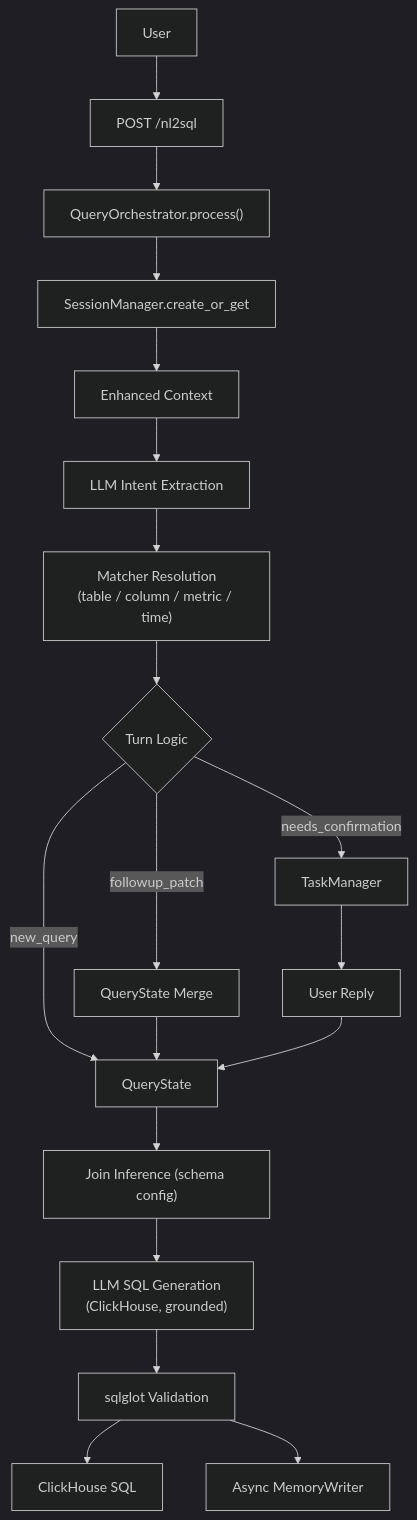
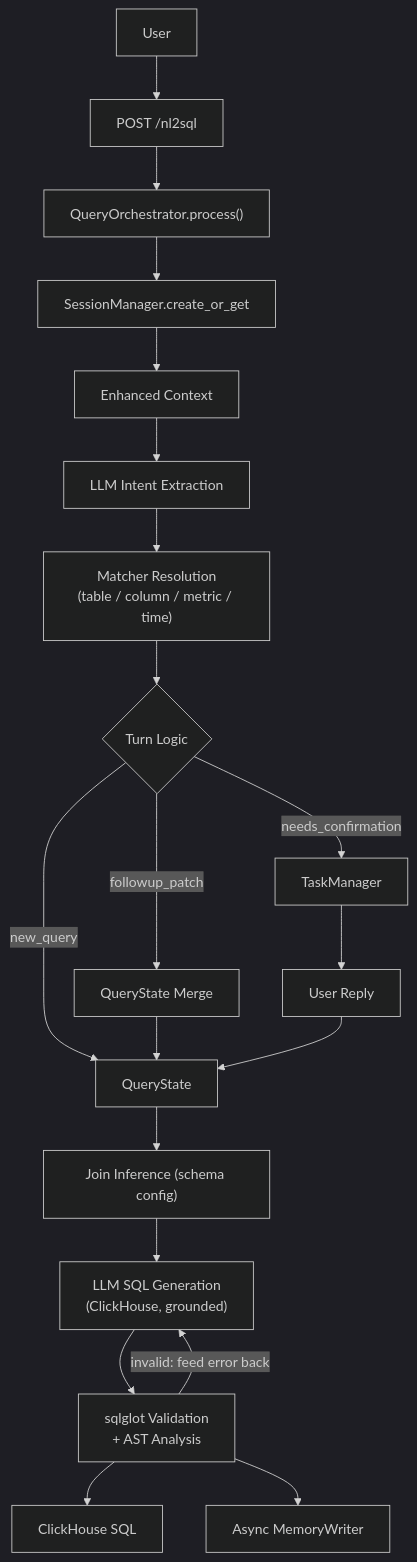
One commit to frankzh0330/query-agent changed the first of 4 diagrams in docs/ARCHITECTURE.md. Above: the diagram before and after it, drawn with Mermaid (dark theme). The commit also changed other lines of this file and 32 other files, not shown here.

````diff
--- a/docs/ARCHITECTURE.md
+++ b/docs/ARCHITECTURE.md
@@ -72,21 +75,22 @@
 ```mermaid
 flowchart TD
     U["User"] --> API["POST /nl2sql"]
     API --> ORC["QueryOrchestrator.process()"]
     ORC --> S["SessionManager.create_or_get"]
     S --> C["Enhanced Context"]
     C --> L1["LLM Intent Extraction"]
     L1 --> L2["Matcher Resolution<br/>(table / column / metric / time)"]
     L2 --> T{"Turn Logic"}
     T -->|new_query| S1["QueryState"]
     T -->|followup_patch| M["QueryState Merge"]
     M --> S1
     T -->|needs_confirmation| K["TaskManager"]
     K --> R["User Reply"]
     R --> S1
     S1 --> J["Join Inference (schema config)"]
     J --> G["LLM SQL Generation<br/>(ClickHouse, grounded)"]
-    G --> V["sqlglot Validation"]
+    G --> V["sqlglot Validation<br/>+ AST Analysis"]
+    V -->|"invalid: feed error back"| G
     V --> O["ClickHouse SQL"]
     V --> ML["Async MemoryWriter"]
 ```
````
